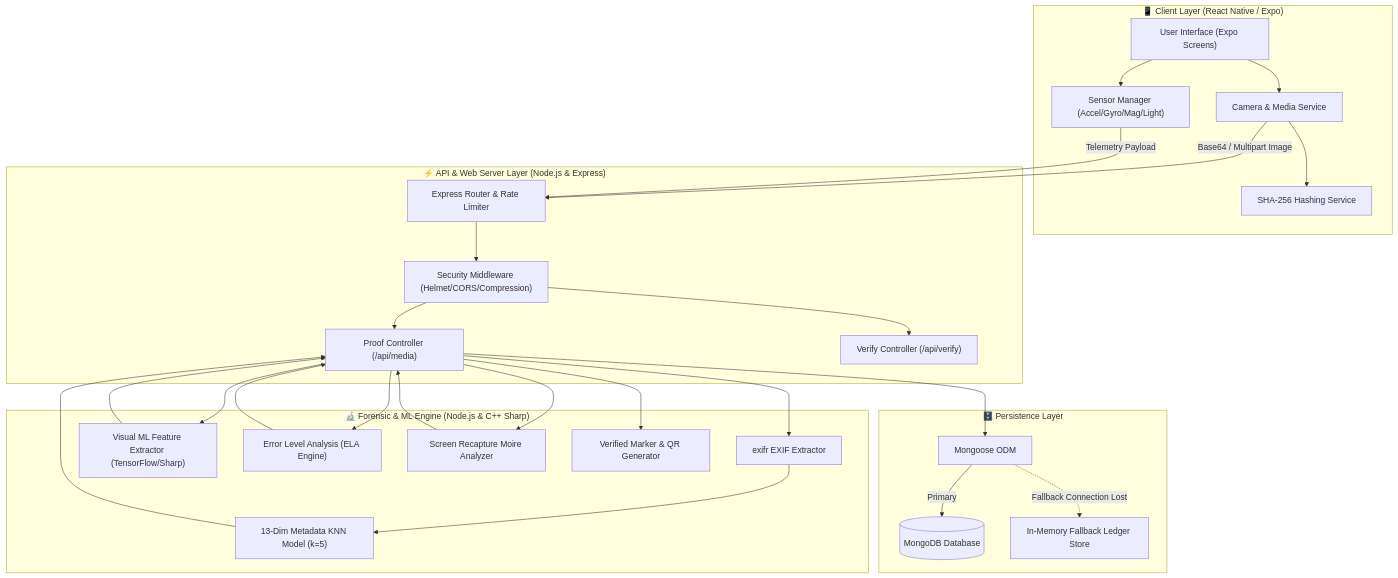
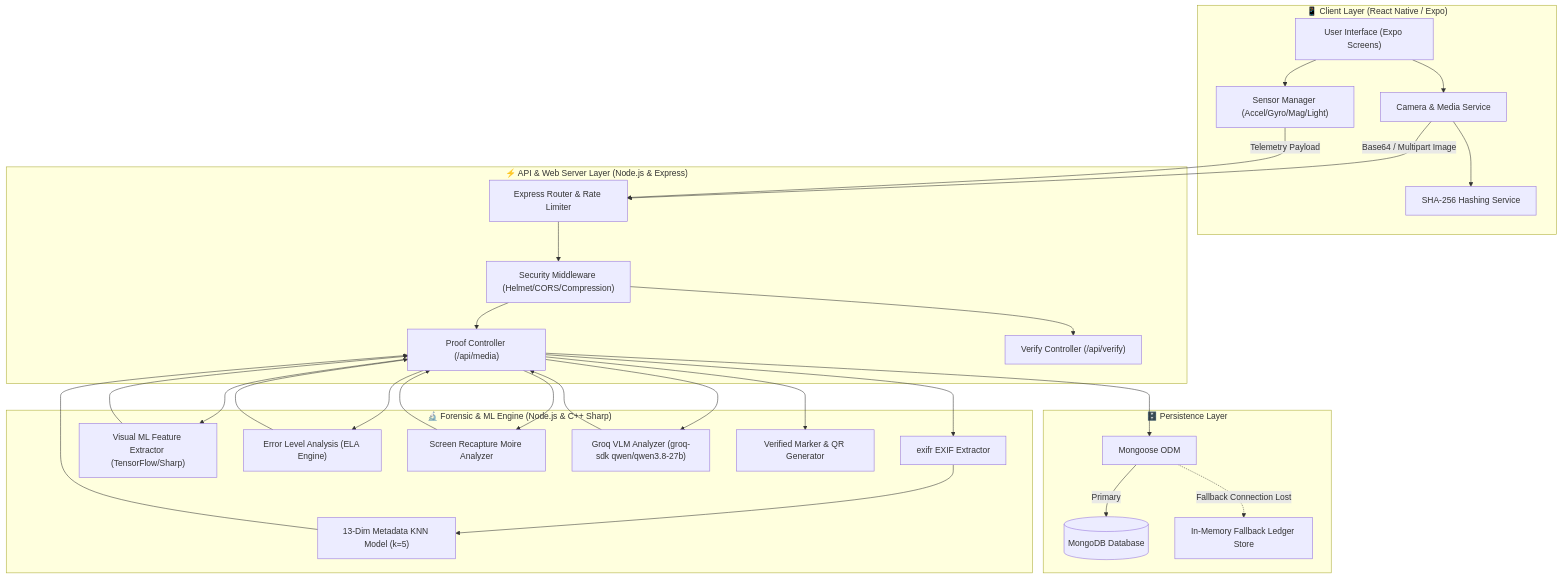
Before and after one commit to Nayananair18/Aura: the first of 2 diagrams in docs/SYSTEM_ARCHITECTURE.md, drawn with Mermaid. The commit also changed 3 other files, not shown here.

Commit message:
docs: Update system architecture, forensic pipeline, API spec, and README for Groq VLM integration & screen replay defense rules

````diff
--- a/docs/SYSTEM_ARCHITECTURE.md
+++ b/docs/SYSTEM_ARCHITECTURE.md
@@ -9,57 +9,60 @@
 ```mermaid
 graph TD
     subgraph Client ["📱 Client Layer (React Native / Expo)"]
         UI["User Interface (Expo Screens)"]
         CamService["Camera & Media Service"]
         SensorMgr["Sensor Manager (Accel/Gyro/Mag/Light)"]
         HashService["SHA-256 Hashing Service"]
     end
 
     subgraph API ["⚡ API & Web Server Layer (Node.js & Express)"]
         Gateway["Express Router & Rate Limiter"]
         Security["Security Middleware (Helmet/CORS/Compression)"]
         ProofCtrl["Proof Controller (/api/media)"]
         VerifyCtrl["Verify Controller (/api/verify)"]
     end
 
     subgraph Forensics ["🔬 Forensic & ML Engine (Node.js & C++ Sharp)"]
         ExifParser["exifr EXIF Extractor"]
         KNNModel["13-Dim Metadata KNN Model (k=5)"]
         VisualML["Visual ML Feature Extractor (TensorFlow/Sharp)"]
         ELAModule["Error Level Analysis (ELA Engine)"]
         ScreenDetector["Screen Recapture Moire Analyzer"]
+        GroqVLM["Groq VLM Analyzer (groq-sdk qwen/qwen3.8-27b)"]
         Watermarker["Verified Marker & QR Generator"]
     end
 
     subgraph Storage ["🗄️ Persistence Layer"]
         Mongoose["Mongoose ODM"]
         MongoDB[("MongoDB Database")]
         MemStore["In-Memory Fallback Ledger Store"]
     end
 
     UI --> CamService
     UI --> SensorMgr
     CamService --> HashService
     CamService -->|Base64 / Multipart Image| Gateway
     SensorMgr -->|Telemetry Payload| Gateway
 
     Gateway --> Security
     Security --> ProofCtrl
     Security --> VerifyCtrl
 
     ProofCtrl --> ExifParser
     ProofCtrl --> VisualML
     ProofCtrl --> ELAModule
     ProofCtrl --> ScreenDetector
+    ProofCtrl --> GroqVLM
     ProofCtrl --> Watermarker
 
     ExifParser --> KNNModel
     KNNModel --> ProofCtrl
     VisualML --> ProofCtrl
     ELAModule --> ProofCtrl
     ScreenDetector --> ProofCtrl
+    GroqVLM --> ProofCtrl
 
     ProofCtrl --> Mongoose
     Mongoose -->|Primary| MongoDB
     Mongoose -.->|Fallback Connection Lost| MemStore
 ```
````
